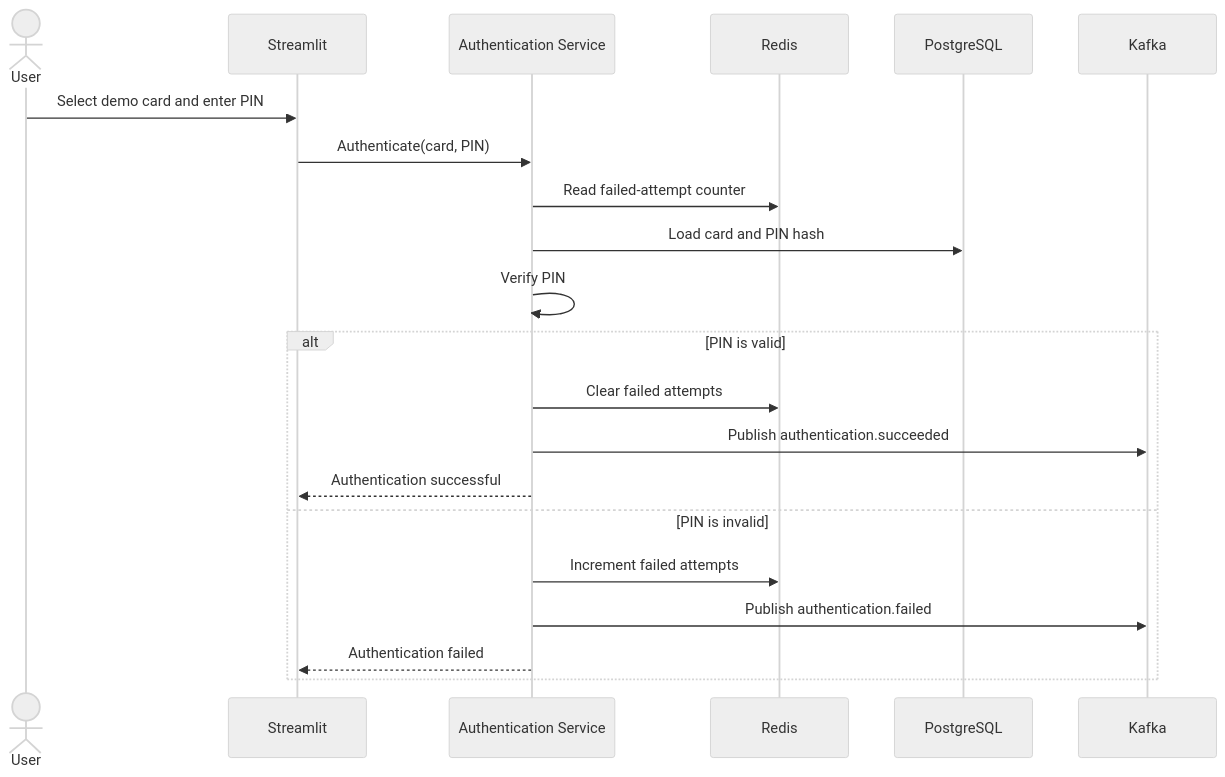
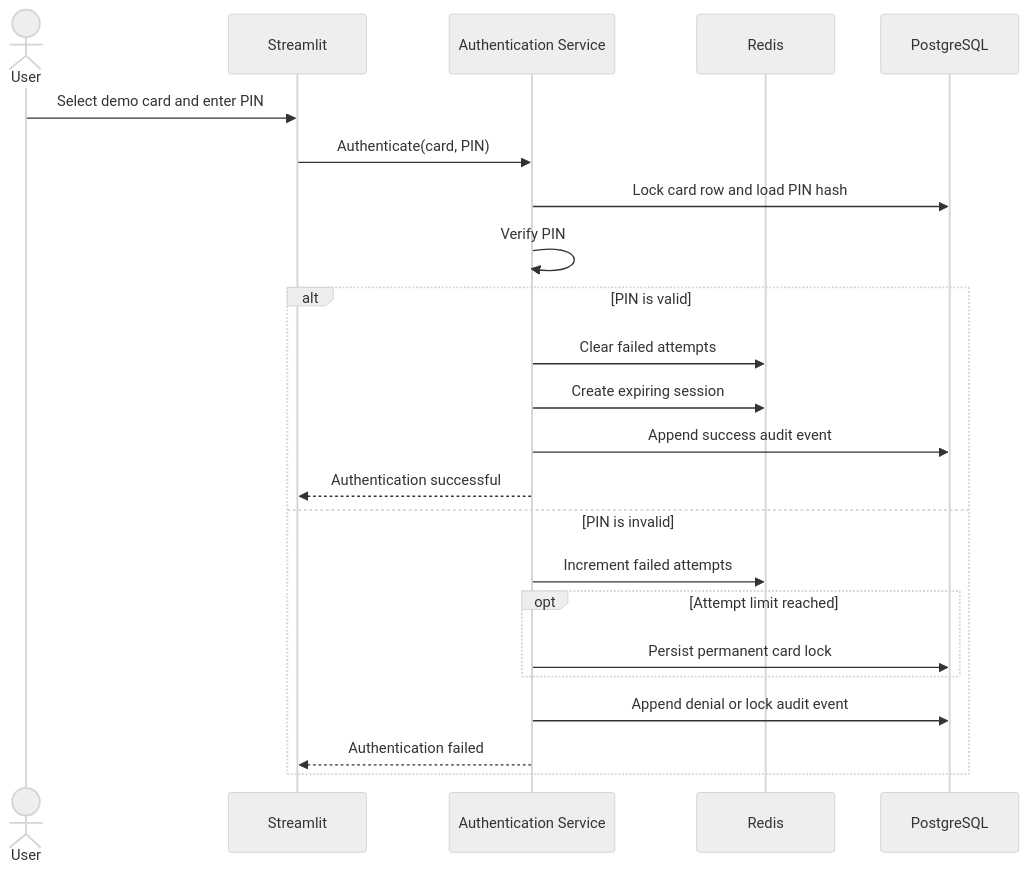
The third of 4 diagrams in docs/ARCHITECTURE.md (Shreyash2942/BankFlow), drawn with Mermaid (neutral theme) before and after one commit. The commit also changed other lines of this file and 18 other files, not shown here.

Commit message:
docs: record Day 5 authentication evidence and graph

````diff
--- a/docs/ARCHITECTURE.md
+++ b/docs/ARCHITECTURE.md
@@ -653,25 +651,27 @@
 ```mermaid
 sequenceDiagram
     actor User
     participant UI as Streamlit
     participant Auth as Authentication Service
     participant Redis
     participant DB as PostgreSQL
-    participant Kafka
 
     User->>UI: Select demo card and enter PIN
     UI->>Auth: Authenticate(card, PIN)
-    Auth->>Redis: Read failed-attempt counter
-    Auth->>DB: Load card and PIN hash
+    Auth->>DB: Lock card row and load PIN hash
     Auth->>Auth: Verify PIN
 
     alt PIN is valid
         Auth->>Redis: Clear failed attempts
-        Auth->>Kafka: Publish authentication.succeeded
+        Auth->>Redis: Create expiring session
+        Auth->>DB: Append success audit event
         Auth-->>UI: Authentication successful
     else PIN is invalid
         Auth->>Redis: Increment failed attempts
-        Auth->>Kafka: Publish authentication.failed
+        opt Attempt limit reached
+            Auth->>DB: Persist permanent card lock
+        end
+        Auth->>DB: Append denial or lock audit event
         Auth-->>UI: Authentication failed
     end
 ```
````
